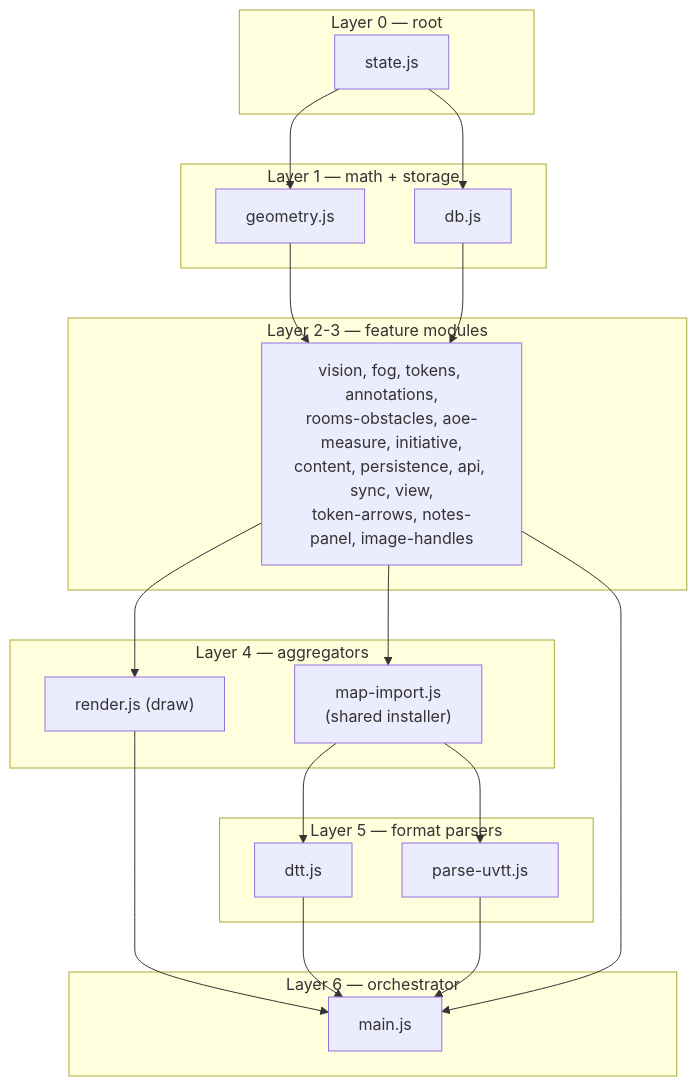
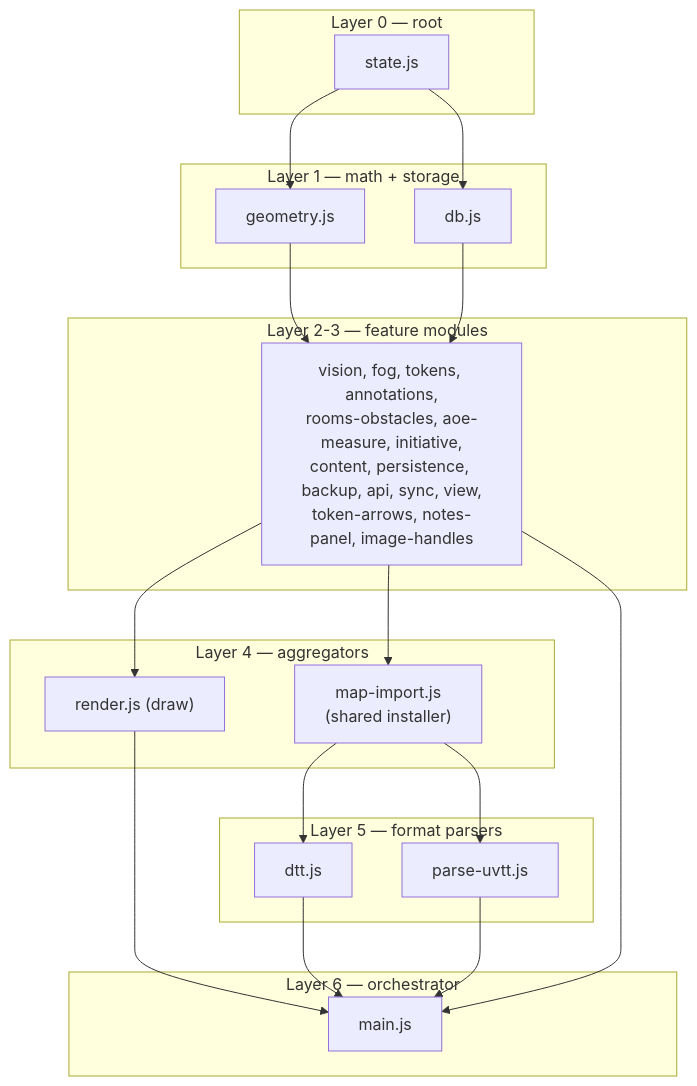
Before and after one commit to nickodimus/vwag-table: the diagram in docs/source/architecture.md, drawn with Mermaid. The commit also changed 16 other files, not shown here.

````diff
--- a/docs/source/architecture.md
+++ b/docs/source/architecture.md
@@ -28,37 +28,37 @@
 ```{mermaid}
 graph TD
   subgraph "Layer 0 — root"
     state["state.js"]
   end
   subgraph "Layer 1 — math + storage"
     geometry["geometry.js"]
     db["db.js"]
   end
   subgraph "Layer 2-3 — feature modules"
-    features["vision, fog, tokens, annotations,<br/>rooms-obstacles, aoe-measure, initiative,<br/>content, persistence, api, sync, view,<br/>token-arrows, notes-panel, image-handles"]
+    features["vision, fog, tokens, annotations,<br/>rooms-obstacles, aoe-measure, initiative,<br/>content, persistence, backup, api, sync, view,<br/>token-arrows, notes-panel, image-handles"]
   end
   subgraph "Layer 4 — aggregators"
     render["render.js (draw)"]
     mapimport["map-import.js<br/>(shared installer)"]
   end
   subgraph "Layer 5 — format parsers"
     dtt["dtt.js"]
     uvtt["parse-uvtt.js"]
   end
   subgraph "Layer 6 — orchestrator"
     main["main.js"]
   end
 
   state --> geometry
   state --> db
   geometry --> features
   db --> features
   features --> render
   features --> mapimport
   mapimport --> dtt
   mapimport --> uvtt
   render --> main
   dtt --> main
   uvtt --> main
   features --> main
 ```
````
